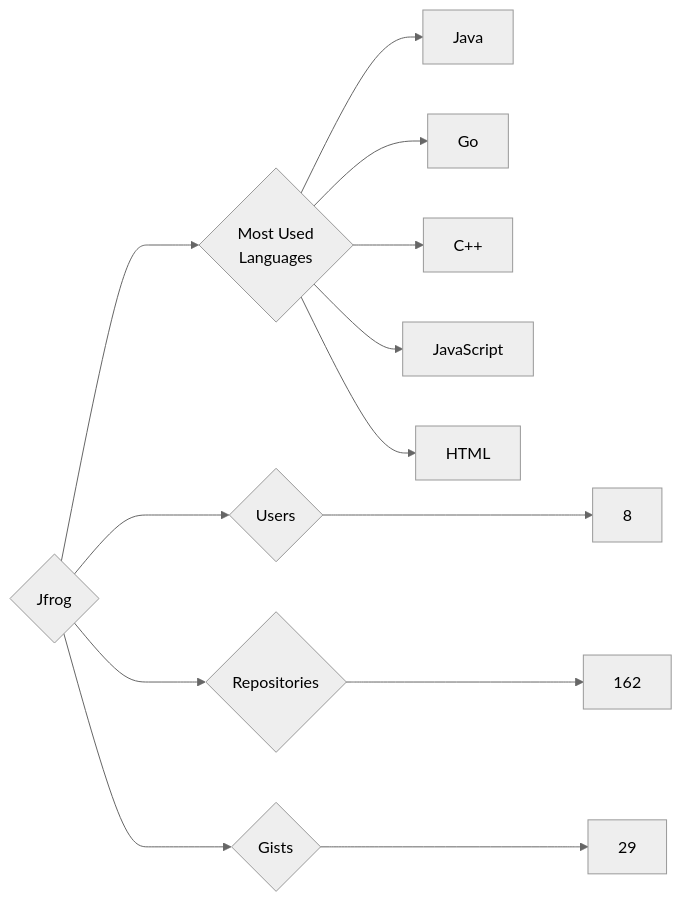
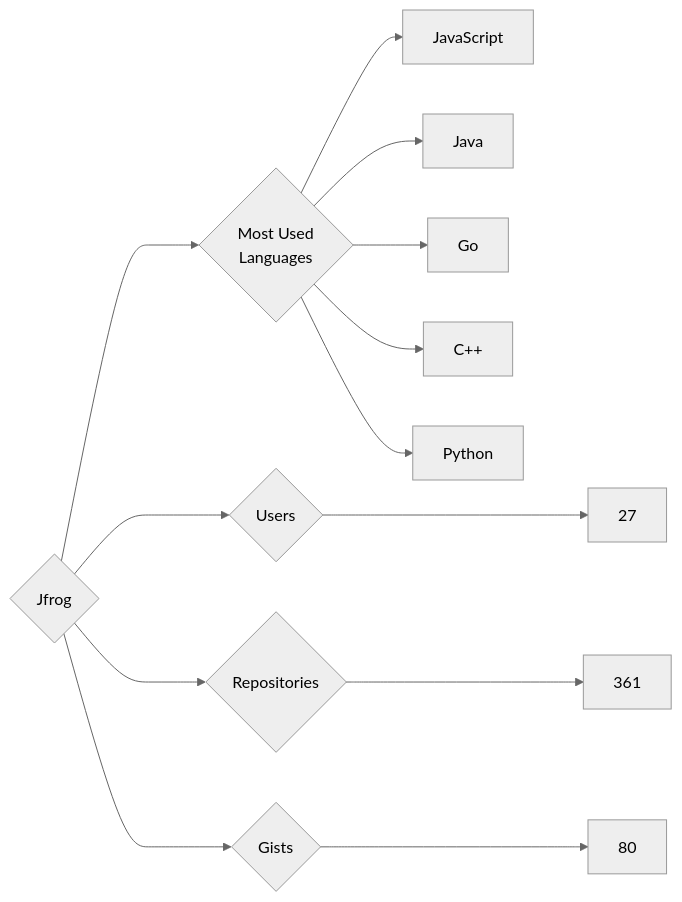
The diagram in targets/Jfrog/README.md (trickest/insiders), drawn with Mermaid (neutral theme) before and after one commit. The commit also changed 723 other files, not shown here.

````diff
--- a/targets/Jfrog/README.md
+++ b/targets/Jfrog/README.md
@@ -3,13 +3,13 @@
 ```mermaid
 graph LR
 COMPANY_NAME{Jfrog}
-COMPANY_NAME ---> U{Users} ---> UN[8]
-COMPANY_NAME ---> R{Repositories} ---> RN[162]
-COMPANY_NAME ---> G{Gists} ---> GN[29]
+COMPANY_NAME ---> U{Users} ---> UN[27]
+COMPANY_NAME ---> R{Repositories} ---> RN[361]
+COMPANY_NAME ---> G{Gists} ---> GN[80]
 COMPANY_NAME ---> ML{Most Used<br>Languages}
+ML --> JavaScript[JavaScript]
 ML --> Java[Java]
 ML --> Go[Go]
 ML --> C++[C++]
-ML --> JavaScript[JavaScript]
-ML --> HTML[HTML]
+ML --> Python[Python]
 ```
````
